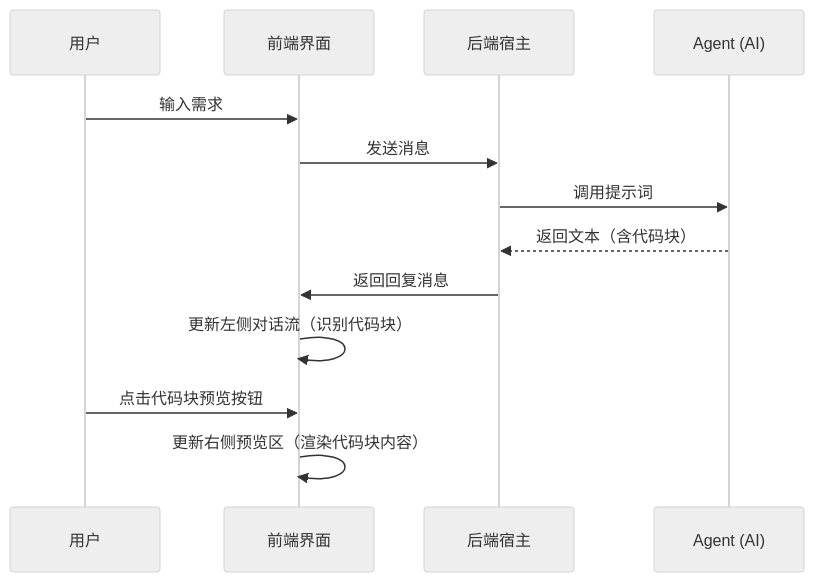
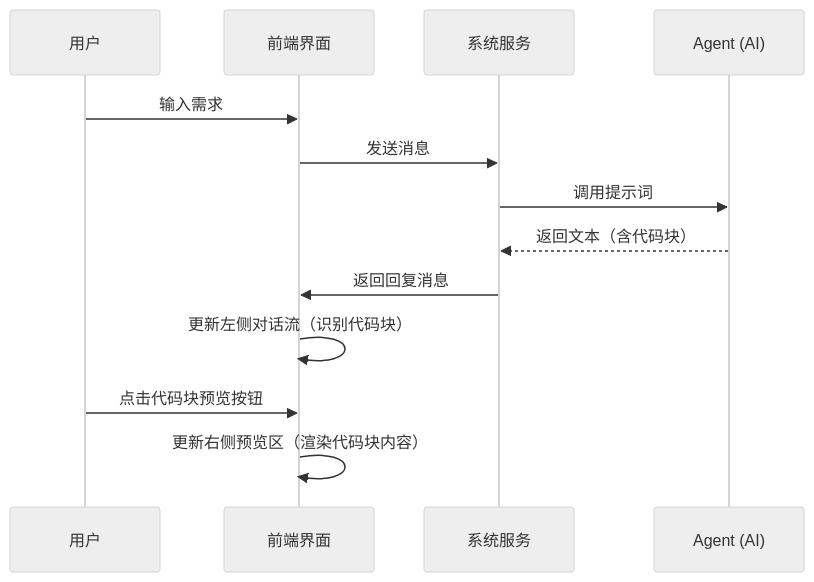
Before and after one commit to ZhangColin/ai-teacher-platform: the diagram in docs/requirements/ui_interaction_guide.md, drawn with Mermaid (neutral theme). The commit also changed 6 other files, not shown here.

````diff
--- a/docs/requirements/ui_interaction_guide.md
+++ b/docs/requirements/ui_interaction_guide.md
@@ -51,16 +51,16 @@
 ```mermaid
 sequenceDiagram
     participant User as 用户
     participant UI as 前端界面
-    participant Server as 后端宿主
+    participant Server as 系统服务
     participant AI as Agent (AI)
 
     User->>UI: 输入需求
     UI->>Server: 发送消息
     Server->>AI: 调用提示词
     AI-->>Server: 返回文本（含代码块）
     Server->>UI: 返回回复消息
     UI->>UI: 更新左侧对话流（识别代码块）
     User->>UI: 点击代码块预览按钮
     UI->>UI: 更新右侧预览区（渲染代码块内容）
 ```
````
